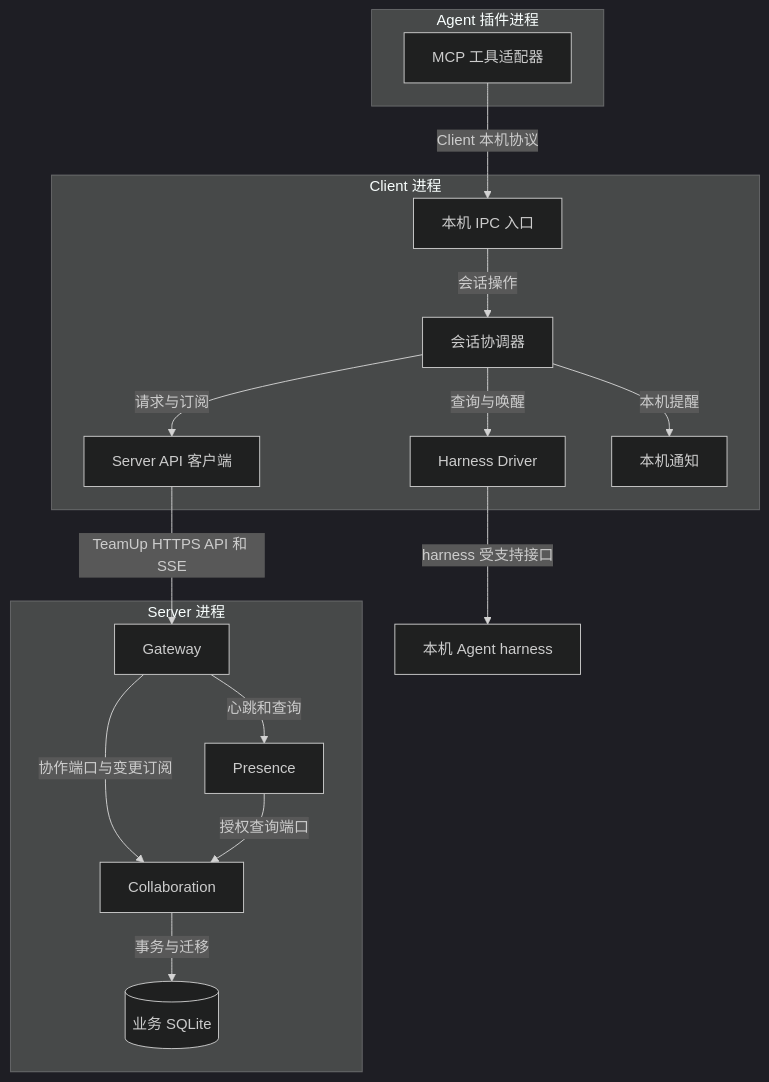
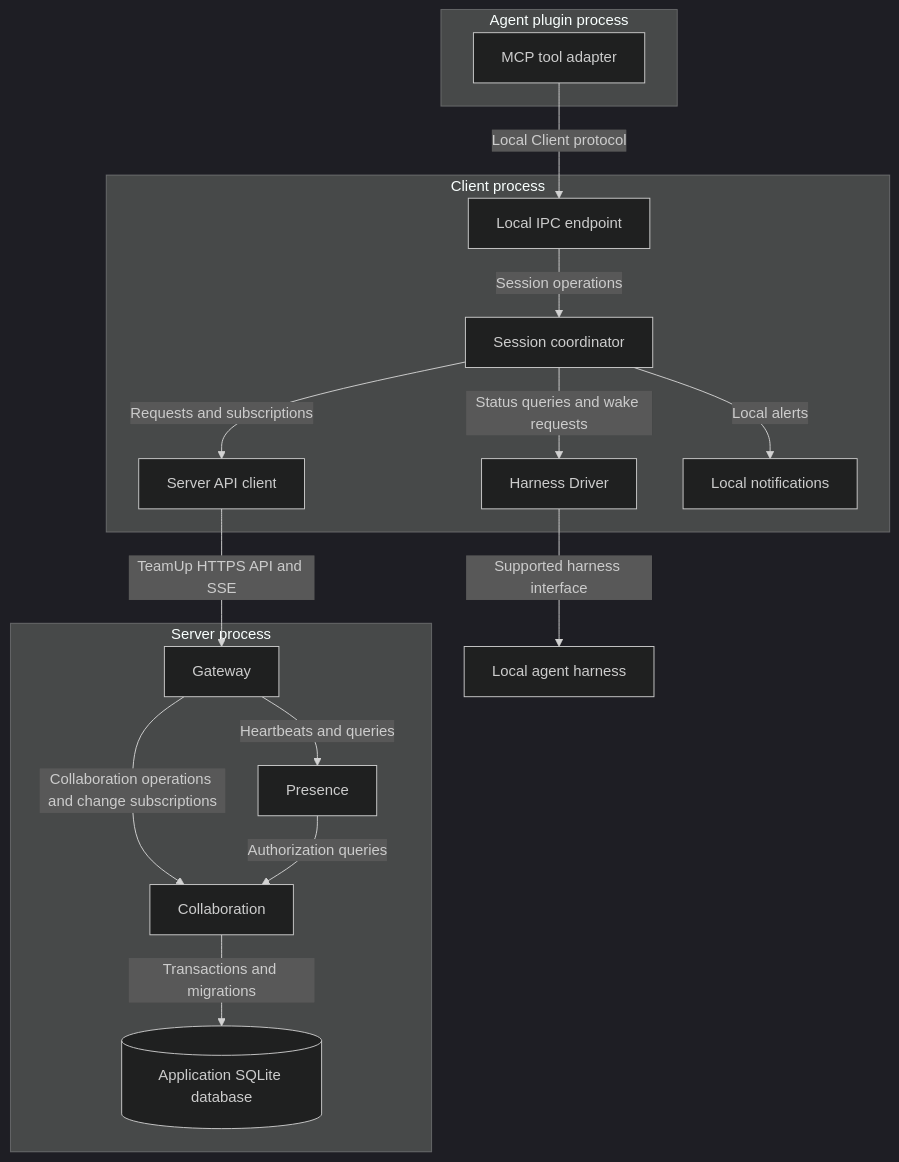
The second of 2 diagrams in docs/architecture/README.md (Jianyu010/TeamUp), drawn with Mermaid (dark theme) before and after one commit. The commit also changed other lines of this file and 44 other files, not shown here.

````diff
--- a/docs/architecture/README.md
+++ b/docs/architecture/README.md
@@ -45,31 +45,31 @@
 ```mermaid
 flowchart TB
-    subgraph Plugin[Agent 插件进程]
-        MCP[MCP 工具适配器]
+    subgraph Plugin[Agent plugin process]
+        MCP[MCP tool adapter]
     end
-    subgraph Client[Client 进程]
-        IPC[本机 IPC 入口]
-        COORD[会话协调器]
-        NET[Server API 客户端]
+    subgraph Client[Client process]
+        IPC[Local IPC endpoint]
+        COORD[Session coordinator]
+        NET[Server API client]
         DRIVER[Harness Driver]
-        NOTIFY[本机通知]
-        IPC -->|会话操作| COORD
-        COORD -->|请求与订阅| NET
-        COORD -->|查询与唤醒| DRIVER
-        COORD -->|本机提醒| NOTIFY
+        NOTIFY[Local notifications]
+        IPC -->|Session operations| COORD
+        COORD -->|Requests and subscriptions| NET
+        COORD -->|Status queries and wake requests| DRIVER
+        COORD -->|Local alerts| NOTIFY
     end
-    subgraph Server[Server 进程]
+    subgraph Server[Server process]
         GW[Gateway]
         COL[Collaboration]
         PRE[Presence]
-        STORE[(业务 SQLite)]
-        GW -->|协作端口与变更订阅| COL
-        GW -->|心跳和查询| PRE
-        PRE -->|授权查询端口| COL
-        COL -->|事务与迁移| STORE
+        STORE[(Application SQLite database)]
+        GW -->|Collaboration operations and change subscriptions| COL
+        GW -->|Heartbeats and queries| PRE
+        PRE -->|Authorization queries| COL
+        COL -->|Transactions and migrations| STORE
     end
-    H[本机 Agent harness]
-    MCP -->|Client 本机协议| IPC
-    NET -->|TeamUp HTTPS API 和 SSE| GW
-    DRIVER -->|harness 受支持接口| H
+    H[Local agent harness]
+    MCP -->|Local Client protocol| IPC
+    NET -->|TeamUp HTTPS API and SSE| GW
+    DRIVER -->|Supported harness interface| H
 ```
````
